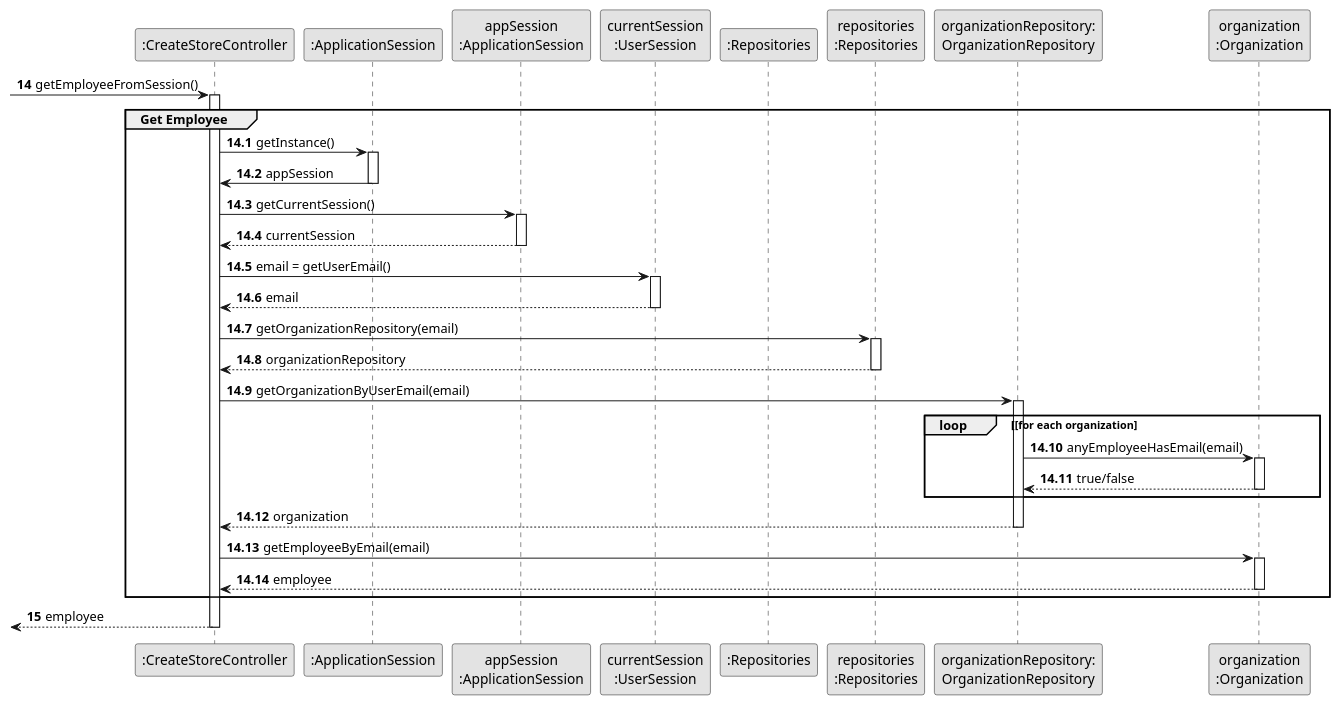
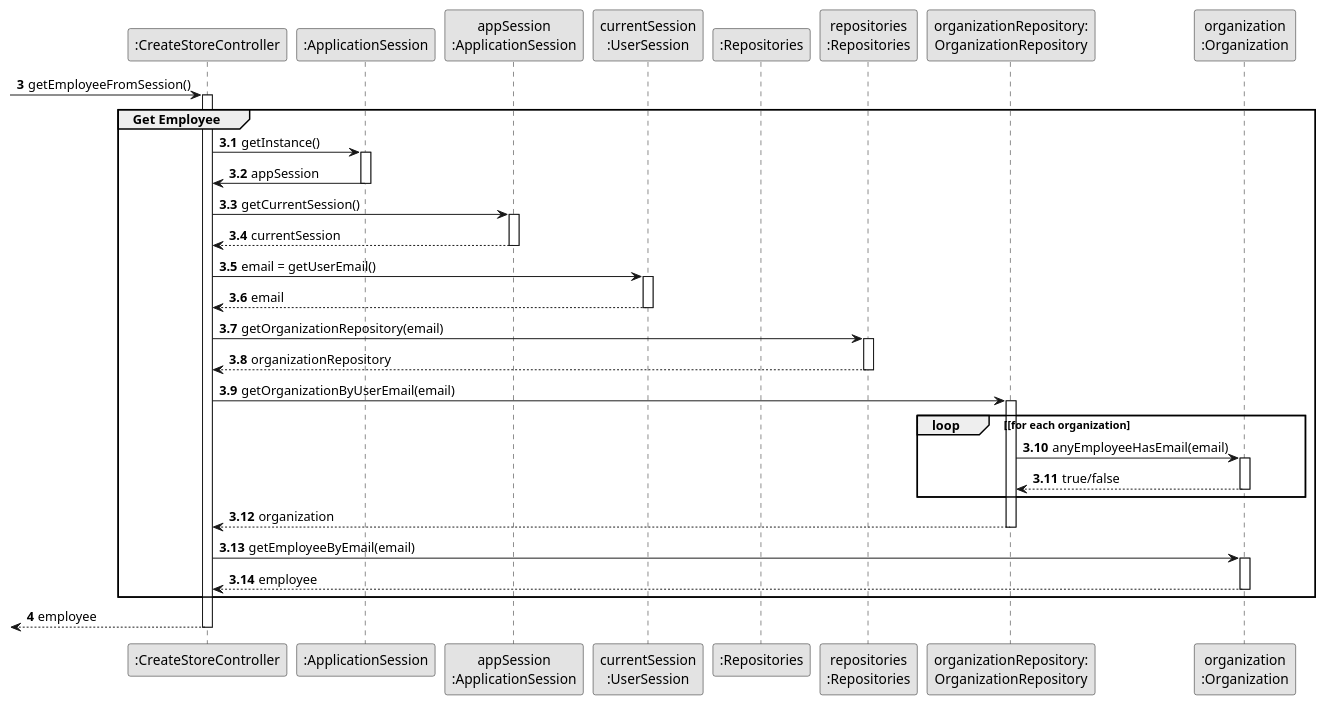
Before and after one commit to hugosilva2901/lei-22-s2-1DO-g68: the diagram in lei-22-s2-1do-g68/docs/SprintB/us004/03.design/puml/us004-sequence-diagram-partial-get-employee.puml, drawn with PlantUML. The commit also changed 18 other files, not shown here.

```diff
--- a/lei-22-s2-1do-g68/docs/SprintB/us004/03.design/puml/us004-sequence-diagram-partial-get-employee.puml
+++ b/lei-22-s2-1do-g68/docs/SprintB/us004/03.design/puml/us004-sequence-diagram-partial-get-employee.puml
@@ -1,70 +1,70 @@
 @startuml
 skinparam monochrome true
 skinparam packageStyle rectangle
 skinparam shadowing false
 
 'hide footbox
 participant ":CreateStoreController" as CTRL
 participant ":ApplicationSession" as _APP
 participant "appSession\n:ApplicationSession" as APP
 participant "currentSession\n:UserSession" as SESSAO
 participant ":Repositories" as RepositorySingleton
 participant "repositories\n:Repositories" as PLAT
 participant "organizationRepository:\nOrganizationRepository" as OrganizationRepository
 participant "organization\n:Organization" as ORG
 
-autonumber 14
+autonumber 3
 -> CTRL : getEmployeeFromSession()
-autonumber 14.1
+autonumber 3.1
 activate CTRL
 
     group Get Employee
         CTRL -> _APP: getInstance()
         activate _APP
             _APP -> CTRL: appSession
         deactivate _APP
 
         CTRL -> APP: getCurrentSession()
         activate APP
 
             APP --> CTRL: currentSession
         deactivate APP
 
         CTRL -> SESSAO: email = getUserEmail()
         activate SESSAO
 
             SESSAO --> CTRL: email
         deactivate SESSAO
 
         CTRL -> PLAT: getOrganizationRepository(email)
         activate PLAT
 
             PLAT --> CTRL: organizationRepository
         deactivate PLAT
 
         CTRL -> OrganizationRepository: getOrganizationByUserEmail(email)
         activate OrganizationRepository
 
             loop [for each organization
                 OrganizationRepository -> ORG : anyEmployeeHasEmail(email)
                 activate ORG
 
                      ORG --> OrganizationRepository : true/false
                 deactivate ORG
             end
 
             OrganizationRepository --> CTRL : organization
 
         deactivate OrganizationRepository
 
         CTRL -> ORG: getEmployeeByEmail(email)
         activate ORG
 
             ORG --> CTRL : employee
         deactivate ORG
     end
-    autonumber 15
+    autonumber 4
     <-- CTRL : employee
 deactivate CTRL
 
 @enduml
```
